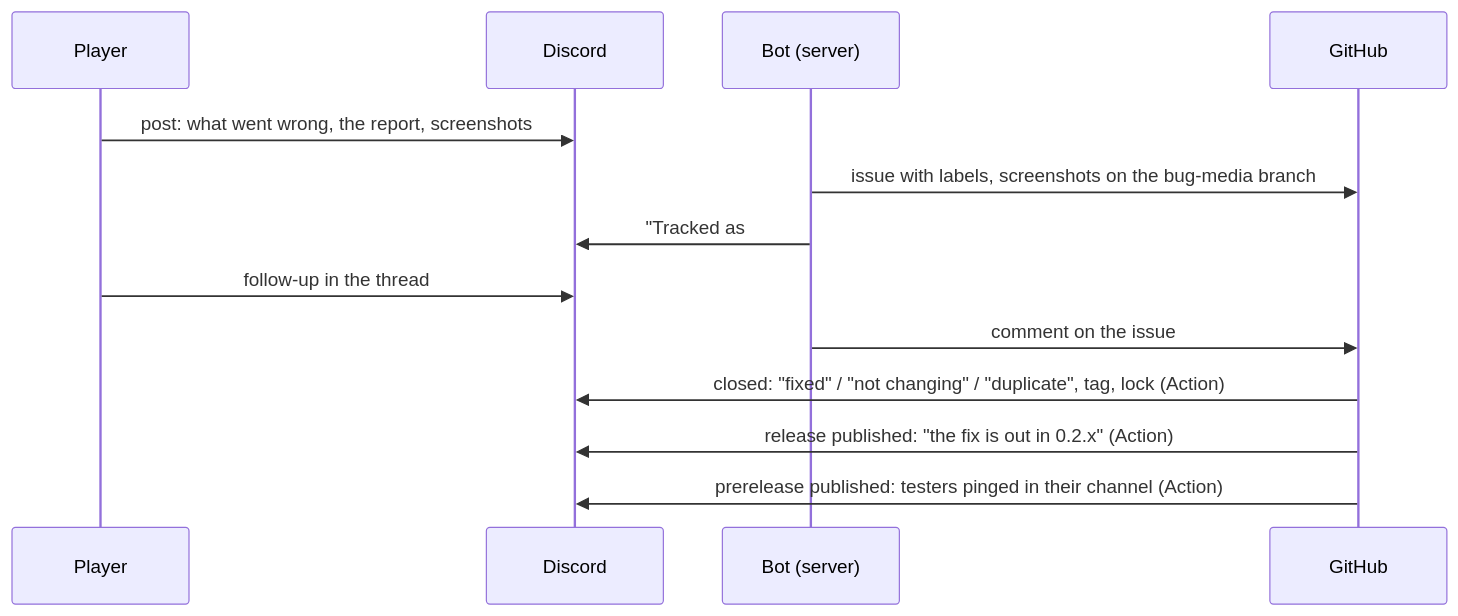
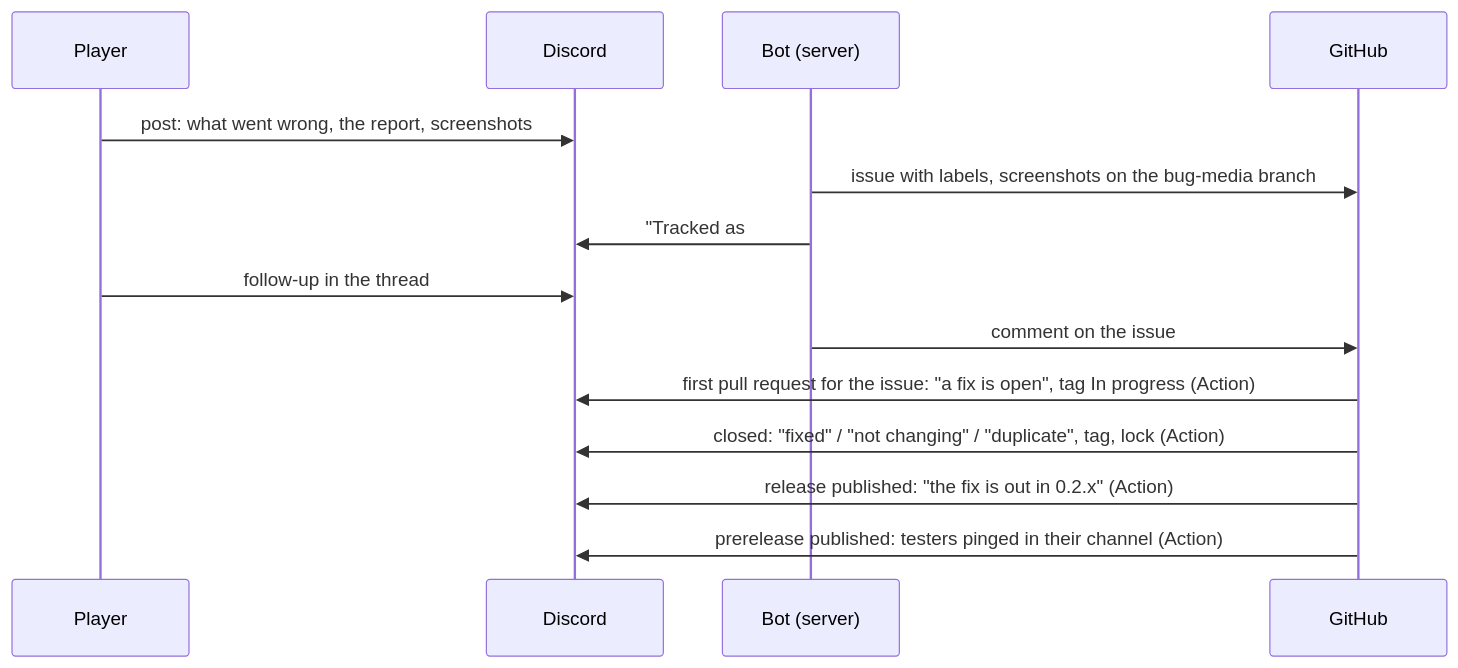
One commit to CDVolvik/polestar changed the diagram in tools/discord-bot/README.md. Above: the diagram before and after it, drawn with Mermaid. The commit also changed other lines of this file and 15 other files, not shown here.

````diff
--- a/tools/discord-bot/README.md
+++ b/tools/discord-bot/README.md
@@ -7,15 +7,16 @@
 ```mermaid
 sequenceDiagram
   participant P as Player
   participant D as Discord #bugs
   participant B as Bot (server)
   participant G as GitHub
   P->>D: post: what went wrong, the report, screenshots
   B->>G: issue with labels, screenshots on the bug-media branch
   B->>D: "Tracked as #N", tag Tracked
   P->>D: follow-up in the thread
   B->>G: comment on the issue
+  G->>D: first pull request for the issue: "a fix is open", tag In progress (Action)
   G->>D: closed: "fixed" / "not changing" / "duplicate", tag, lock (Action)
   G->>D: release published: "the fix is out in 0.2.x" (Action)
   G->>D: prerelease published: testers pinged in their channel (Action)
 ```
````
